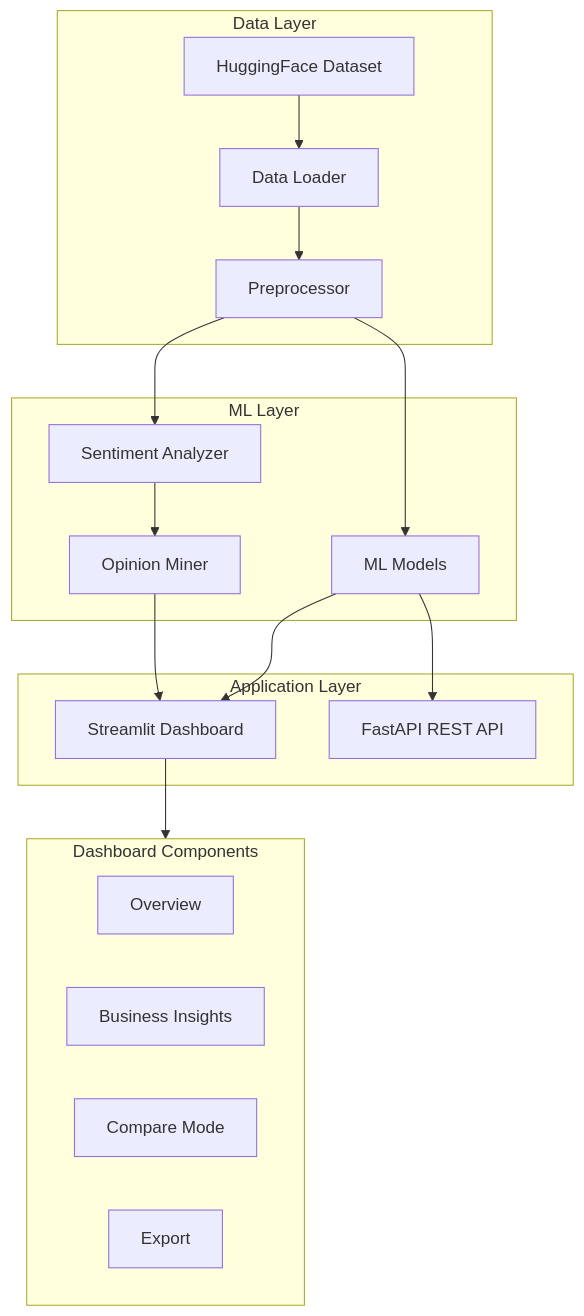
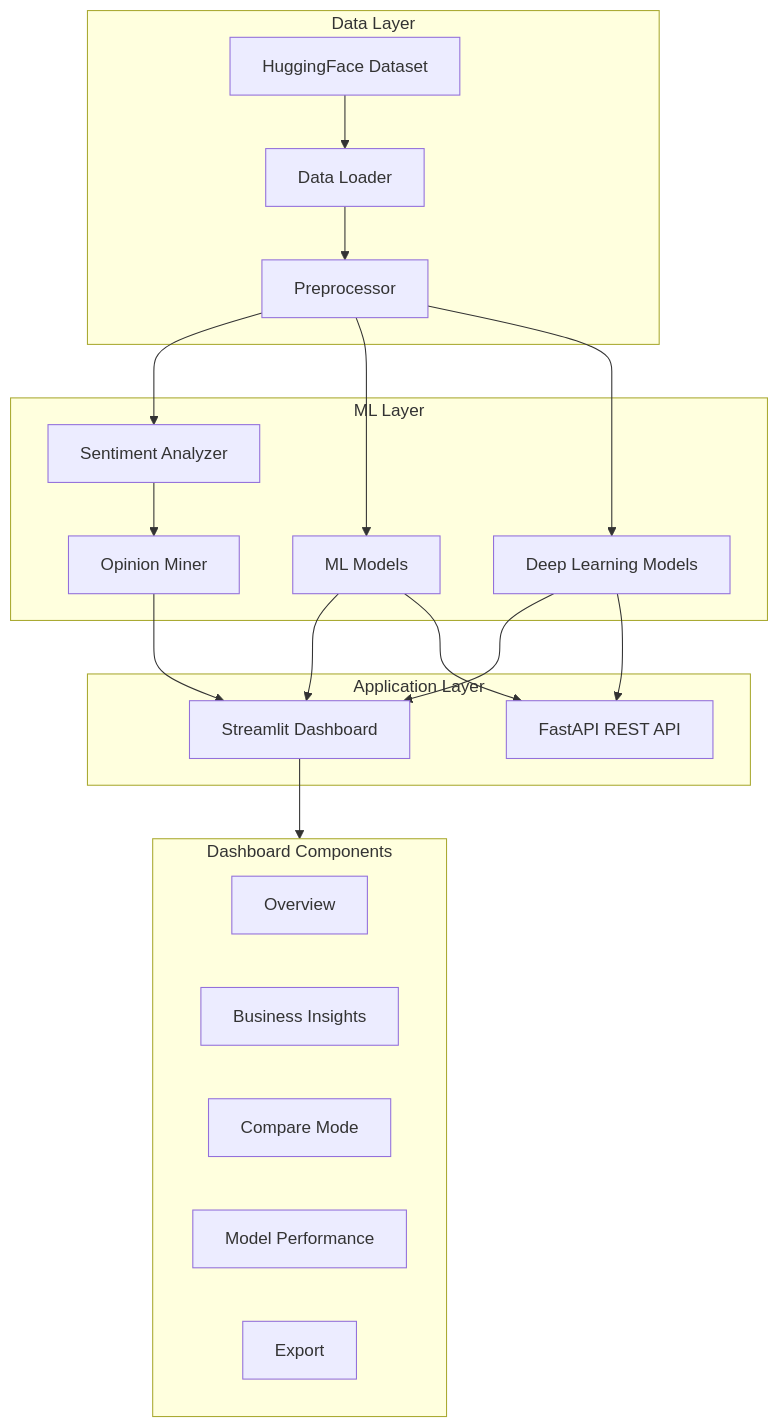
Before and after one commit to AvishManiar21/nlp-sentiment-analysis: the diagram in README.md, drawn with Mermaid. The commit also changed other lines of this file, not shown here.

````diff
--- a/README.md
+++ b/README.md
@@ -42,36 +44,41 @@
 ```mermaid
 flowchart TB
     subgraph DataLayer[Data Layer]
         HF[HuggingFace Dataset]
         DL[Data Loader]
         PP[Preprocessor]
     end
-    
+
     subgraph MLLayer[ML Layer]
         SA[Sentiment Analyzer]
         ML[ML Models]
+        DLM[Deep Learning Models]
         OM[Opinion Miner]
     end
-    
+
     subgraph AppLayer[Application Layer]
         ST[Streamlit Dashboard]
         API[FastAPI REST API]
     end
-    
+
     subgraph Components[Dashboard Components]
         OV[Overview]
         BI[Business Insights]
         CM[Compare Mode]
+        MP[Model Performance]
         EX[Export]
     end
-    
+
     HF --> DL
     DL --> PP
     PP --> SA
     PP --> ML
+    PP --> DLM
     SA --> OM
     ML --> ST
+    DLM --> ST
     ML --> API
+    DLM --> API
     OM --> ST
     ST --> Components
 ```
````
